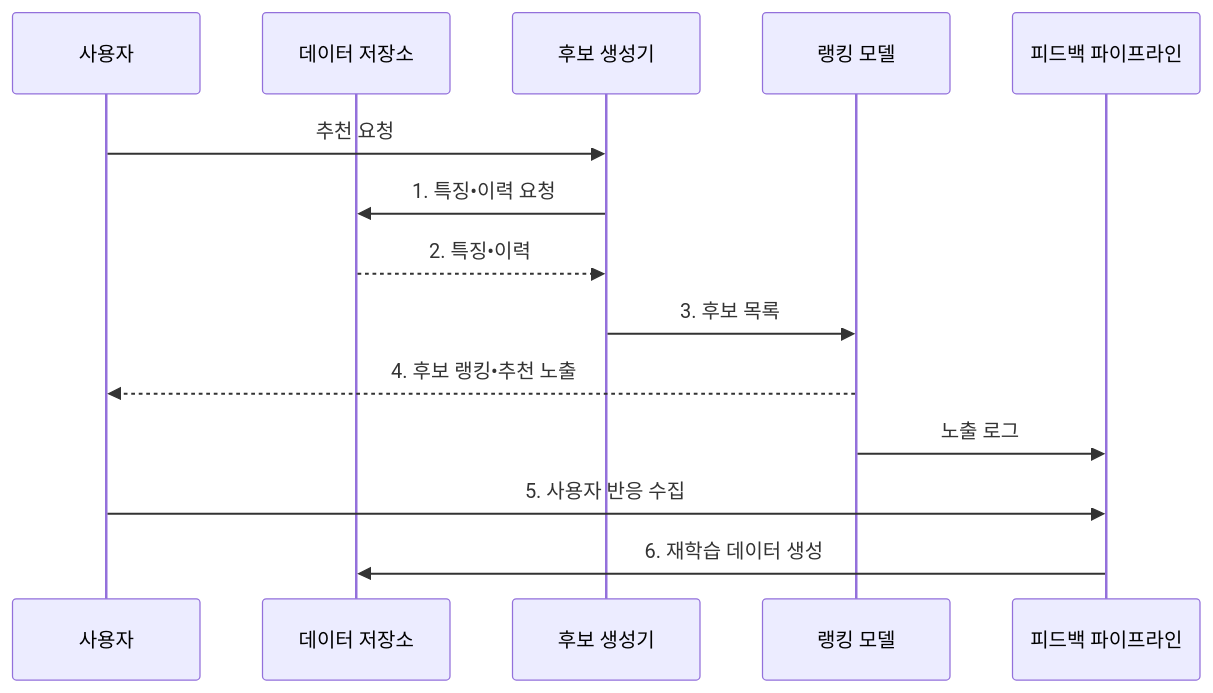
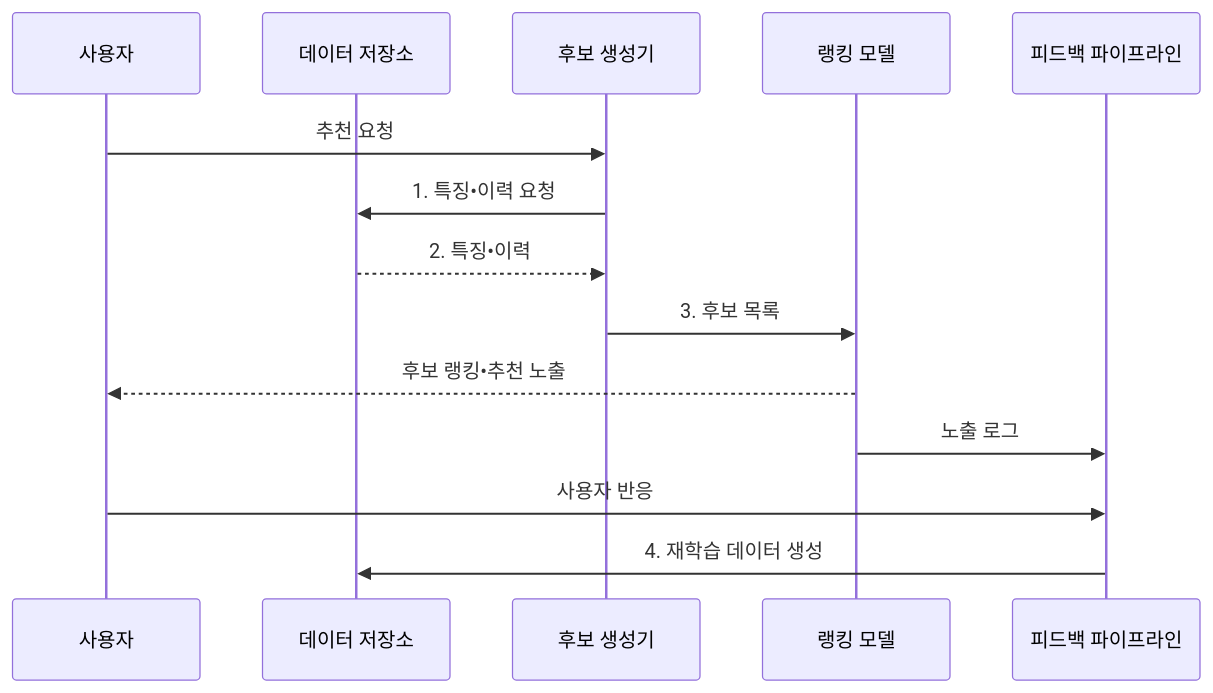
Before and after one commit to agnusdei1207/knowledge-base: the second of 2 diagrams in src/content/docs/notes/01-basic-theory/054_recommendation_system.md, drawn with Mermaid. The commit also changed other lines of this file and 20 other files, not shown here.

````diff
--- a/src/content/docs/notes/01-basic-theory/054_recommendation_system.md
+++ b/src/content/docs/notes/01-basic-theory/054_recommendation_system.md
@@ -86,16 +87,16 @@
 ```mermaid
 sequenceDiagram
     participant U as 사용자
     participant D as 데이터 저장소
     participant C as 후보 생성기
     participant R as 랭킹 모델
     participant P as 피드백 파이프라인
     U->>C: 추천 요청
     C->>D: 1. 특징•이력 요청
     D-->>C: 2. 특징•이력
     C->>R: 3. 후보 목록
-    R-->>U: 4. 후보 랭킹•추천 노출
+    R-->>U: 후보 랭킹•추천 노출
     R->>P: 노출 로그
-    U->>P: 5. 사용자 반응 수집
-    P->>D: 6. 재학습 데이터 생성
+    U->>P: 사용자 반응
+    P->>D: 4. 재학습 데이터 생성
 ```
````
